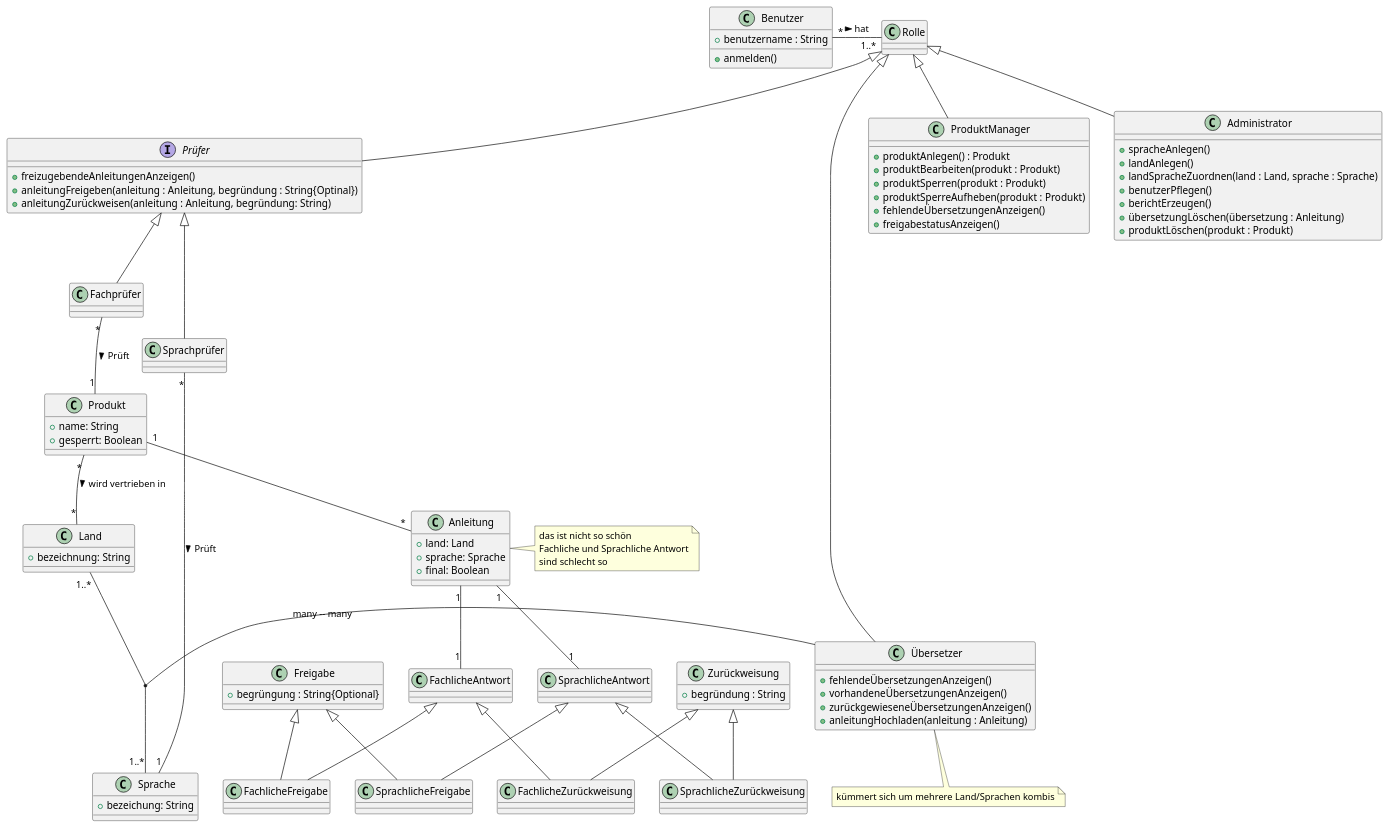
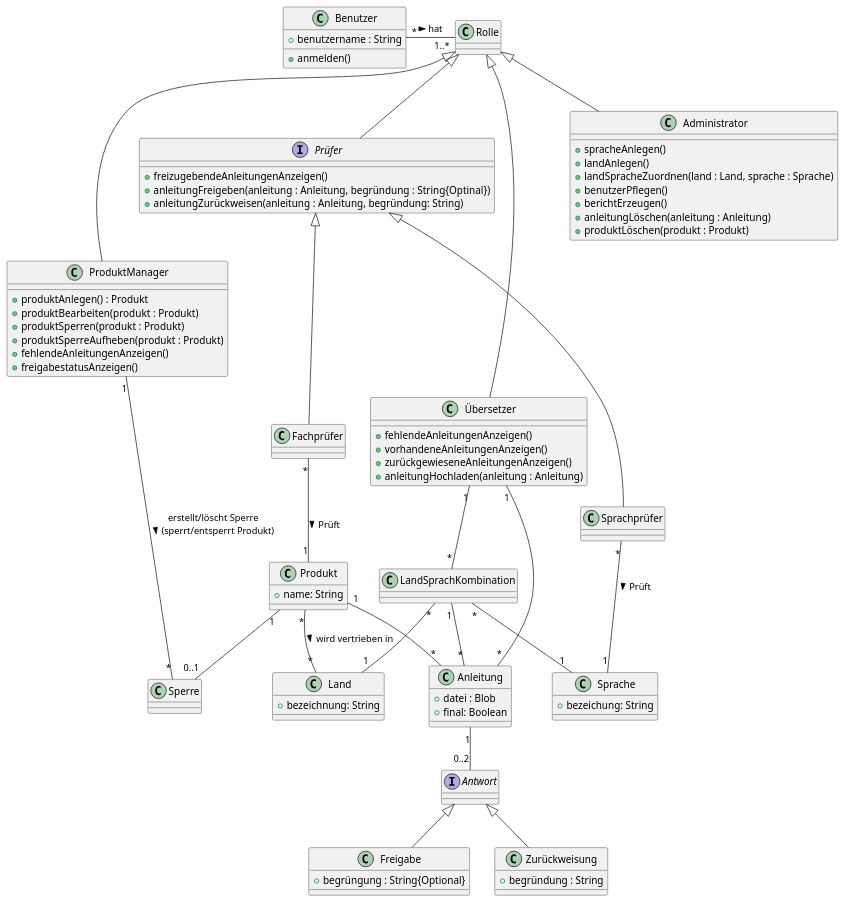
The diagram in 1a_Klassendiagramm.puml (SgtMate/ManualMaster_UML), drawn with PlantUML before and after one commit. The commit also changed other lines of this file and 6 other files, not shown here.

```diff
--- a/1a_Klassendiagramm.puml
+++ b/1a_Klassendiagramm.puml
@@ -3,98 +3,98 @@
 @startuml 1a
 
 class Produkt{
     + name: String
-    + gesperrt: Boolean
 }
 Produkt "1" -- "*" Anleitung
 Produkt "*" -- "*" Land : wird vertrieben in >
+Produkt "1" -- "0..1" Sperre
+
 
 class Land{
     + bezeichnung: String
 }
 class Sprache{
     + bezeichung: String
 }
-Land "1..*" -- "1..*" Sprache
+LandSprachKombination "*" -- "1" Sprache
+LandSprachKombination "*" -- "1" Land
+
 
 class Freigabe{
     + begrüngung : String{Optional}
 }
 class Zurückweisung{
     + begründung : String
 }
-Freigabe <|-- FachlicheFreigabe
-Freigabe <|-- SprachlicheFreigabe
-Zurückweisung <|-- FachlicheZurückweisung
-Zurückweisung <|-- SprachlicheZurückweisung
-FachlicheAntwort <|-- FachlicheZurückweisung
-FachlicheAntwort <|-- FachlicheFreigabe
-SprachlicheAntwort <|-- SprachlicheZurückweisung
-SprachlicheAntwort <|-- SprachlicheFreigabe
+interface Antwort{
+
+}
+Antwort <|-- Freigabe
+Antwort <|-- Zurückweisung
+
 '' Anleitungen pflegen, wenn das Produkt dort vertrieben wird
 '' Finale anleitungen erneut hochladen
 class Anleitung{
-    + land: Land
-    + sprache: Sprache
+    + datei : Blob
     + final: Boolean
 }
-note right: das ist nicht so schön\nFachliche und Sprachliche Antwort\nsind schlecht so
-Anleitung "1" - "1" FachlicheAntwort
-Anleitung "1" -- "1" SprachlicheAntwort
-
+Anleitung "1" -- "0..2" Antwort
+LandSprachKombination "1"-- "*" Anleitung
 
 class Rolle
 class ProduktManager{
     + produktAnlegen() : Produkt
     + produktBearbeiten(produkt : Produkt)
     + produktSperren(produkt : Produkt) 
     '' Nur Produktmanager, der die Sperre veranlasst hat, kann diese wieder aufheben
     + produktSperreAufheben(produkt : Produkt)
-    + fehlendeÜbersetzungenAnzeigen()
+    + fehlendeAnleitungenAnzeigen()
     + freigabestatusAnzeigen()
 }
+ProduktManager "1" -- "*" Sperre : erstellt/löscht Sperre\n(sperrt/entsperrt Produkt) >
+
 class Administrator{
     + spracheAnlegen()
     + landAnlegen()
     + landSpracheZuordnen(land : Land, sprache : Sprache)
     '' TODO
     + benutzerPflegen()
     + berichtErzeugen()
-    + übersetzungLöschen(übersetzung : Anleitung)
+    + anleitungLöschen(anleitung : Anleitung)
     + produktLöschen(produkt : Produkt)
 }
 
 '' Land Sprach Kombination für übersetzre
 class Übersetzer{
-    + fehlendeÜbersetzungenAnzeigen()
-    + vorhandeneÜbersetzungenAnzeigen()
-    + zurückgewieseneÜbersetzungenAnzeigen()
+    + fehlendeAnleitungenAnzeigen()
+    + vorhandeneAnleitungenAnzeigen()
+    + zurückgewieseneAnleitungenAnzeigen()
     + anleitungHochladen(anleitung : Anleitung)
 }
-note bottom: kümmert sich um mehrere Land/Sprachen kombis
-(Land, Sprache) - Übersetzer : many -- many
+Übersetzer "1" -- "*" LandSprachKombination
+Übersetzer "1" -- "*" Anleitung
 interface Prüfer{
     + freizugebendeAnleitungenAnzeigen()
     + anleitungFreigeben(anleitung : Anleitung, begründung : String{Optinal})
     + anleitungZurückweisen(anleitung : Anleitung, begründung: String)
 }
 class Sprachprüfer
 Prüfer <|-- Sprachprüfer
 Sprachprüfer "*" -- "1" Sprache : Prüft >
 class Fachprüfer
 Prüfer <|-- Fachprüfer
 Fachprüfer "*" -- "1" Produkt : Prüft >
 
 Rolle <|-- ProduktManager
 Rolle <|-- Administrator
 Rolle <|-- Übersetzer
 Rolle <|-- Prüfer
 
 class Benutzer{
     + benutzername : String
     + anmelden()
 }
 Benutzer "*" - "1..*" Rolle : hat >
 
 
 @enduml
```
